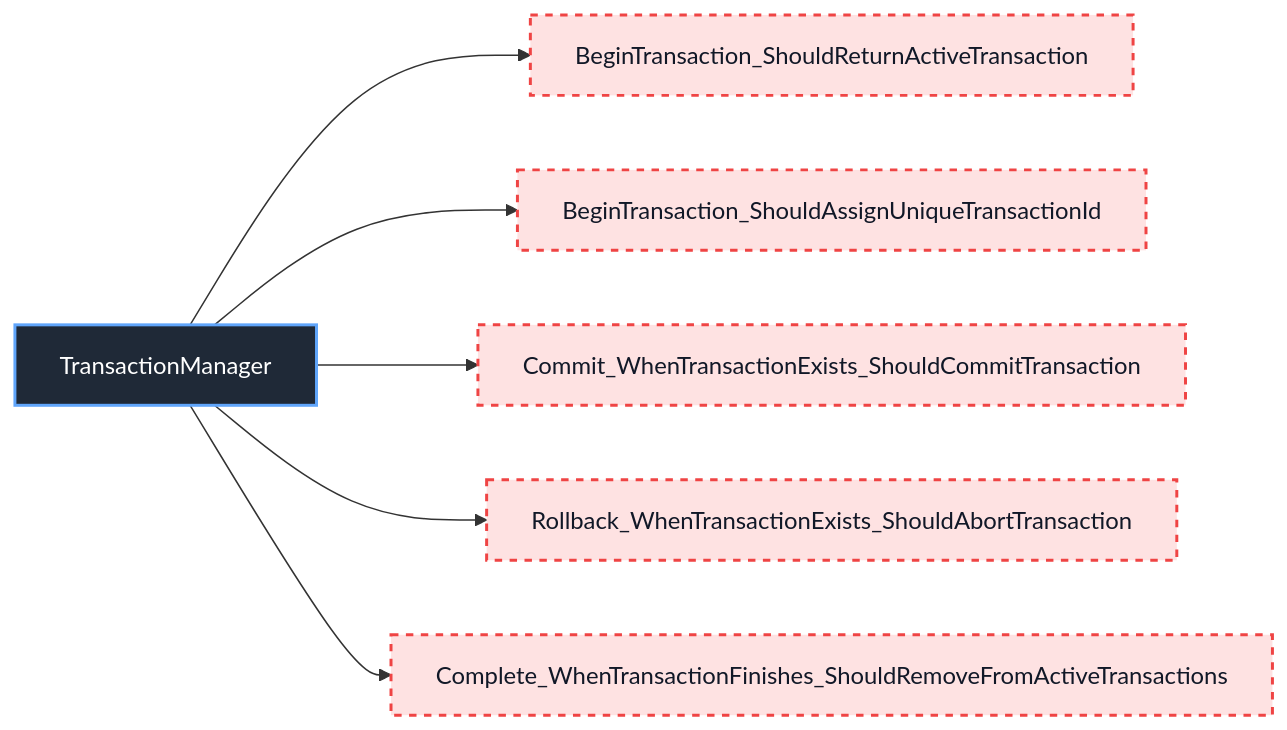
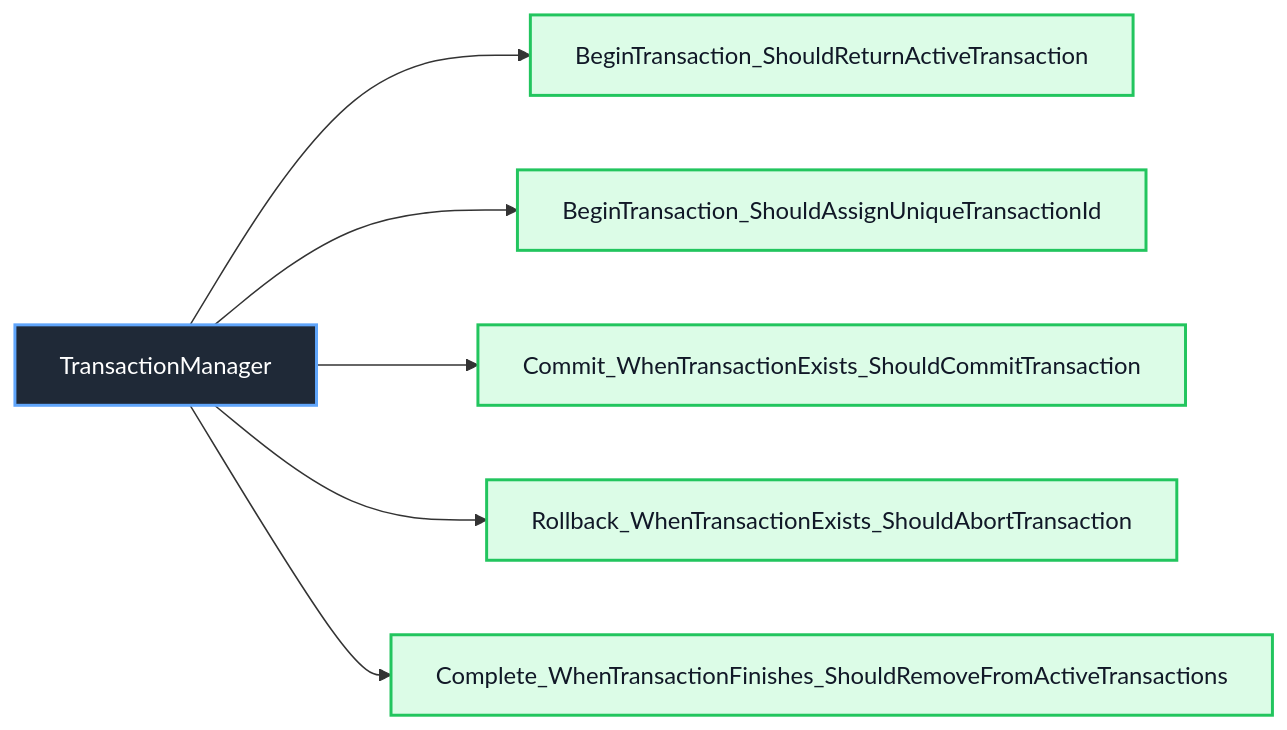
Before and after one commit to manaxpow/DBMS: diagram 16 of 31 in docs/unit-test/README.md, drawn with Mermaid. The commit also changed other lines of this file and 5 other files, not shown here.

````diff
--- a/docs/unit-test/README.md
+++ b/docs/unit-test/README.md
@@ -360,17 +360,17 @@
 ```mermaid
 flowchart LR
     Class_TransactionManager["TransactionManager"]
 
     Class_TransactionManager --> MGR_001["BeginTransaction_ShouldReturnActiveTransaction"]
     Class_TransactionManager --> MGR_002["BeginTransaction_ShouldAssignUniqueTransactionId"]
     Class_TransactionManager --> MGR_003["Commit_WhenTransactionExists_ShouldCommitTransaction"]
     Class_TransactionManager --> MGR_004["Rollback_WhenTransactionExists_ShouldAbortTransaction"]
     Class_TransactionManager --> MGR_005["Complete_WhenTransactionFinishes_ShouldRemoveFromActiveTransactions"]
 
     classDef classNode fill:#1f2937,stroke:#60a5fa,color:#ffffff,stroke-width:2px
     classDef completedTest fill:#dcfce7,stroke:#22c55e,color:#111827,stroke-width:2px
     classDef missingTest fill:#fee2e2,stroke:#ef4444,color:#111827,stroke-width:2px,stroke-dasharray: 5 5
 
     class Class_TransactionManager classNode
-    class MGR_001,MGR_002,MGR_003,MGR_004,MGR_005 missingTest
+    class MGR_001,MGR_002,MGR_003,MGR_004,MGR_005 completedTest
 ```
````
